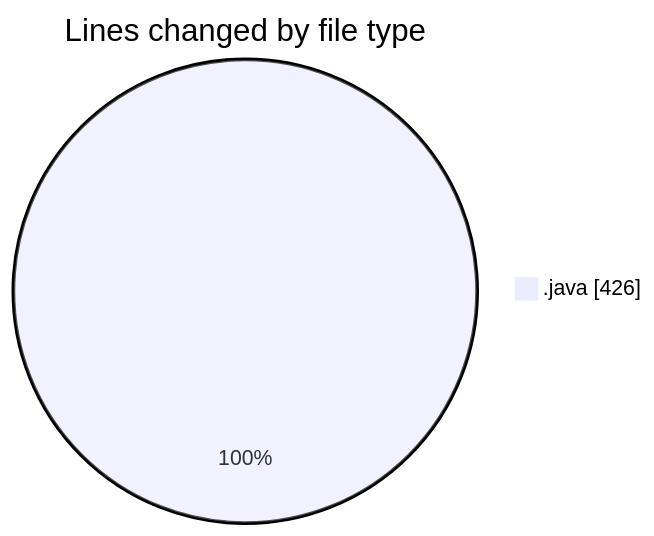
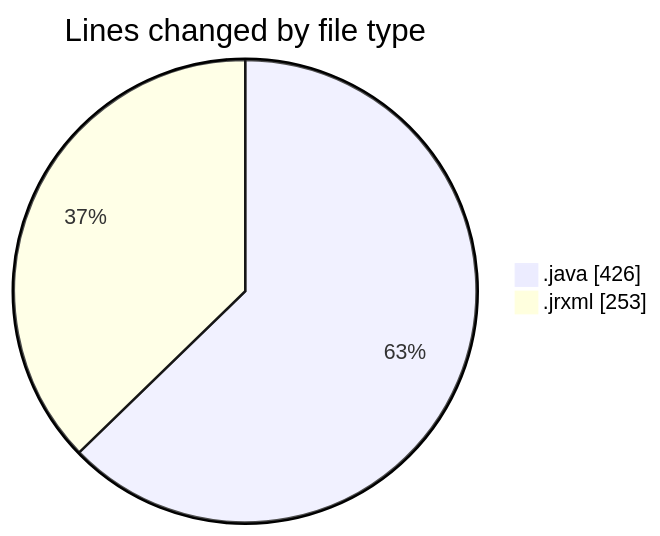
One commit to ricardozamudiocil/code-tracking changed the first of 2 diagrams in 2026-03-01/cilreports__workspace_/README.md. Above: the diagram before and after it, drawn with Mermaid. The commit also changed other lines of this file and 1 other file, not shown here.

````diff
--- a/2026-03-01/cilreports__workspace_/README.md
+++ b/2026-03-01/cilreports__workspace_/README.md
@@ -23,5 +25,6 @@
 ```mermaid
 pie showData
 title Lines changed by file type
 ".java" : 426
+".jrxml" : 253
 ```
````
